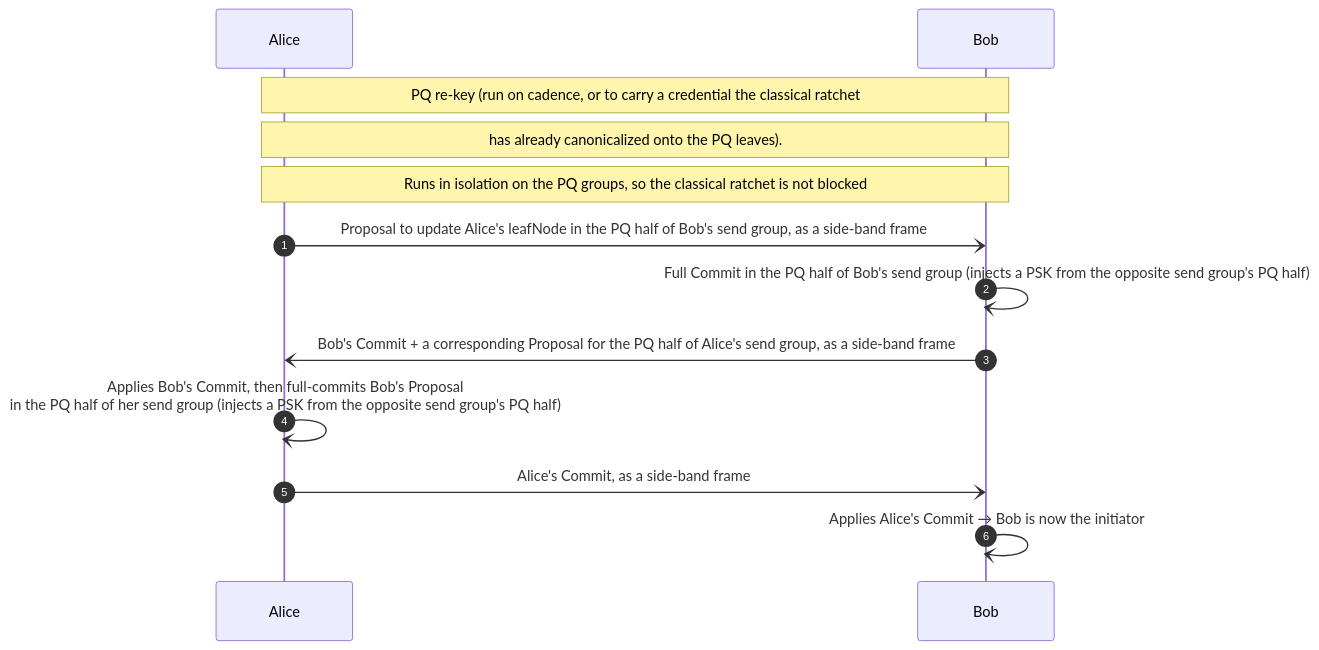
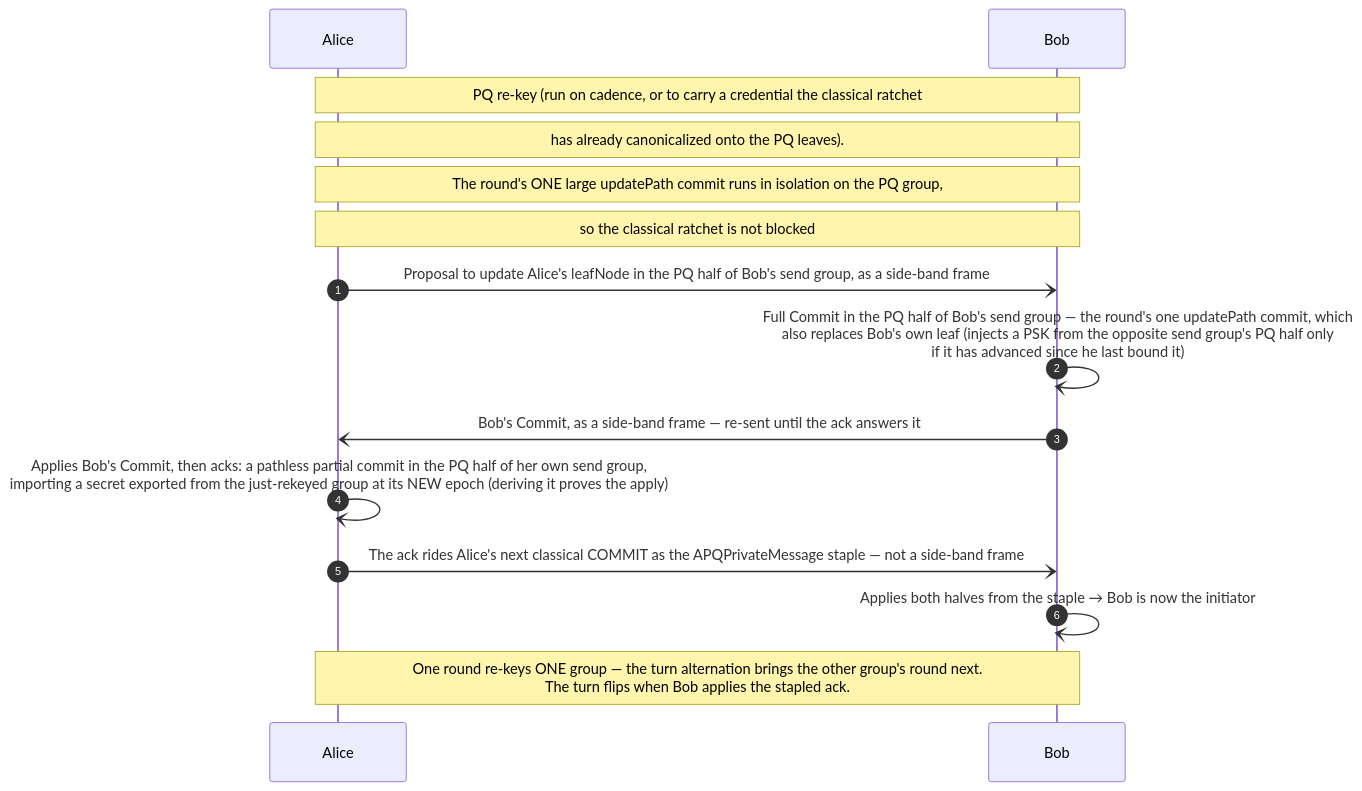
One commit to germ-network/TwoMLSPQ changed the fifth of 10 diagrams in two-mls-pq/book/src/protocol-flows.md. Above: the diagram before and after it, drawn with Mermaid. The commit also changed other lines of this file and 5 other files, not shown here.

First line of the commit message:
Bring the MSD's top-level diagrams up to the implemented protocol

````diff
--- a/two-mls-pq/book/src/protocol-flows.md
+++ b/two-mls-pq/book/src/protocol-flows.md
@@ -235,16 +237,18 @@
 ```mermaid
 sequenceDiagram
     autonumber
     participant Alice
     participant Bob
 
     Note over Alice,Bob: PQ re-key (run on cadence, or to carry a credential the classical ratchet
     Note over Alice,Bob: has already canonicalized onto the PQ leaves).
-    Note over Alice,Bob: Runs in isolation on the PQ groups, so the classical ratchet is not blocked
+    Note over Alice,Bob: The round's ONE large updatePath commit runs in isolation on the PQ group,
+    Note over Alice,Bob: so the classical ratchet is not blocked
     Alice-)Bob: Proposal to update Alice's leafNode in the PQ half of Bob's send group, as a side-band frame
-    Bob-)Bob: Full Commit in the PQ half of Bob's send group (injects a PSK from the opposite send group's PQ half)
-    Bob-)Alice: Bob's Commit + a corresponding Proposal for the PQ half of Alice's send group, as a side-band frame
-    Alice-)Alice: Applies Bob's Commit, then full-commits Bob's Proposal<br/>in the PQ half of her send group (injects a PSK from the opposite send group's PQ half)
-    Alice-)Bob: Alice's Commit, as a side-band frame
-    Bob-)Bob: Applies Alice's Commit → Bob is now the initiator
+    Bob-)Bob: Full Commit in the PQ half of Bob's send group — the round's one updatePath commit, which<br/>also replaces Bob's own leaf (injects a PSK from the opposite send group's PQ half only<br/>if it has advanced since he last bound it)
+    Bob-)Alice: Bob's Commit, as a side-band frame — re-sent until the ack answers it
+    Alice-)Alice: Applies Bob's Commit, then acks: a pathless partial commit in the PQ half of her own send group,<br/>importing a secret exported from the just-rekeyed group at its NEW epoch (deriving it proves the apply)
+    Alice-)Bob: The ack rides Alice's next classical COMMIT as the APQPrivateMessage staple — not a side-band frame
+    Bob-)Bob: Applies both halves from the staple → Bob is now the initiator
+    Note over Alice,Bob: One round re-keys ONE group — the turn alternation brings the other group's round next.<br/>The turn flips when Bob applies the stapled ack.
 ```
````
